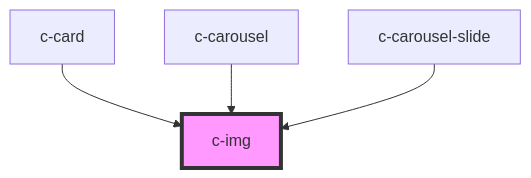
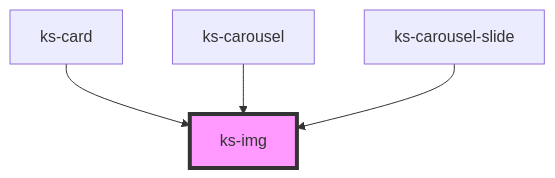
One commit to kickstand-ui/kickstand-ui changed the diagram in src/scripts/components/image/readme.md. Above: the diagram before and after it, drawn with Mermaid. The commit also changed other lines of this file and 49 other files, not shown here.

````diff
--- a/src/scripts/components/image/readme.md
+++ b/src/scripts/components/image/readme.md
@@ -28,7 +28,7 @@
 ```mermaid
 graph TD;
-  c-card --> c-img
-  c-carousel --> c-img
-  c-carousel-slide --> c-img
-  style c-img fill:#f9f,stroke:#333,stroke-width:4px
+  ks-card --> ks-img
+  ks-carousel --> ks-img
+  ks-carousel-slide --> ks-img
+  style ks-img fill:#f9f,stroke:#333,stroke-width:4px
 ```
````
